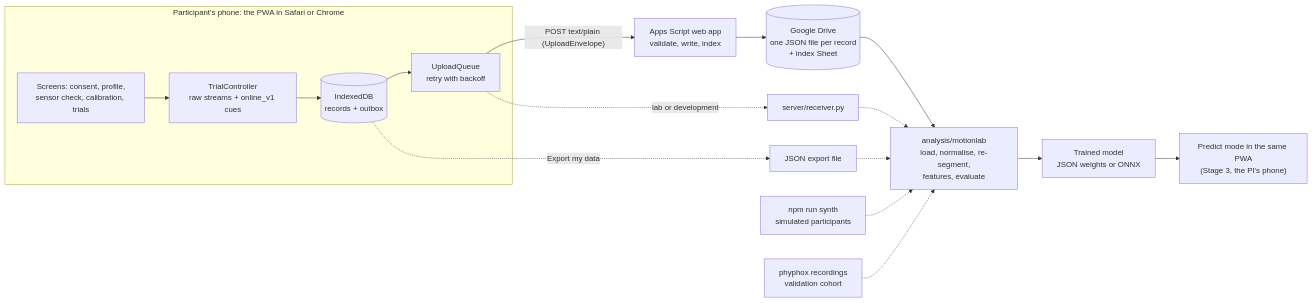
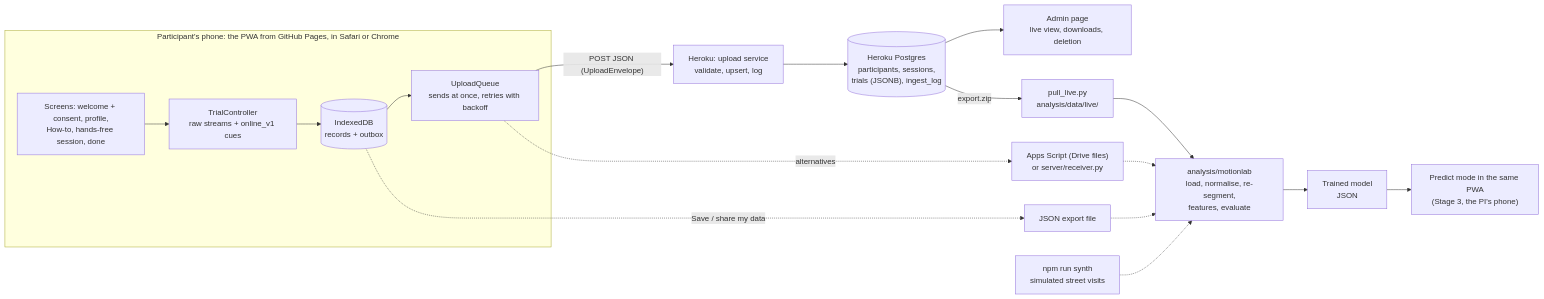
The diagram in docs/00_PROJECT_OVERVIEW.md (AxelFridman/nosetouch-study), drawn with Mermaid before and after one commit. The commit also changed other lines of this file and 62 other files, not shown here.

````diff
--- a/docs/00_PROJECT_OVERVIEW.md
+++ b/docs/00_PROJECT_OVERVIEW.md
@@ -143,21 +139,22 @@
 ```mermaid
 flowchart LR
-  subgraph phone["Participant's phone: the PWA in Safari or Chrome"]
-    ui["Screens: consent, profile,<br/>sensor check, calibration, trials"]
+  subgraph phone["Participant's phone: the PWA from GitHub Pages, in Safari or Chrome"]
+    ui["Screens: welcome + consent, profile,<br/>How-to, hands-free session, done"]
     tc["TrialController<br/>raw streams + online_v1 cues"]
     idb[("IndexedDB<br/>records + outbox")]
-    uq["UploadQueue<br/>retry with backoff"]
+    uq["UploadQueue<br/>sends at once, retries with backoff"]
     ui --> tc --> idb --> uq
   end
-  uq -->|"POST text/plain (UploadEnvelope)"| gas["Apps Script web app<br/>validate, write, index"]
-  gas --> drive[("Google Drive<br/>one JSON file per record<br/>+ index Sheet")]
-  drive --> kit["analysis/motionlab<br/>load, normalise, re-segment,<br/>features, evaluate"]
-  kit --> model["Trained model<br/>JSON weights or ONNX"]
+  uq -->|"POST JSON (UploadEnvelope)"| api["Heroku: upload service<br/>validate, upsert, log"]
+  api --> pg[("Heroku Postgres<br/>participants, sessions,<br/>trials (JSONB), ingest_log")]
+  pg --> admin["Admin page<br/>live view, downloads, deletion"]
+  pg -->|"export.zip"| pull["pull_live.py<br/>analysis/data/live/"]
+  pull --> kit["analysis/motionlab<br/>load, normalise, re-segment,<br/>features, evaluate"]
+  kit --> model["Trained model<br/>JSON"]
   model --> pred["Predict mode in the same PWA<br/>(Stage 3, the PI's phone)"]
-  idb -.->|"Export my data"| file["JSON export file"]
-  uq -.->|"lab or development"| rcv["server/receiver.py"]
+  idb -.->|"Save / share my data"| file["JSON export file"]
+  uq -.->|"alternatives"| alt["Apps Script (Drive files)<br/>or server/receiver.py"]
   file -.-> kit
-  rcv -.-> kit
-  synth["npm run synth<br/>simulated participants"] -.-> kit
-  phy["phyphox recordings<br/>validation cohort"] -.-> kit
+  alt -.-> kit
+  synth["npm run synth<br/>simulated street visits"] -.-> kit
 ```
````
